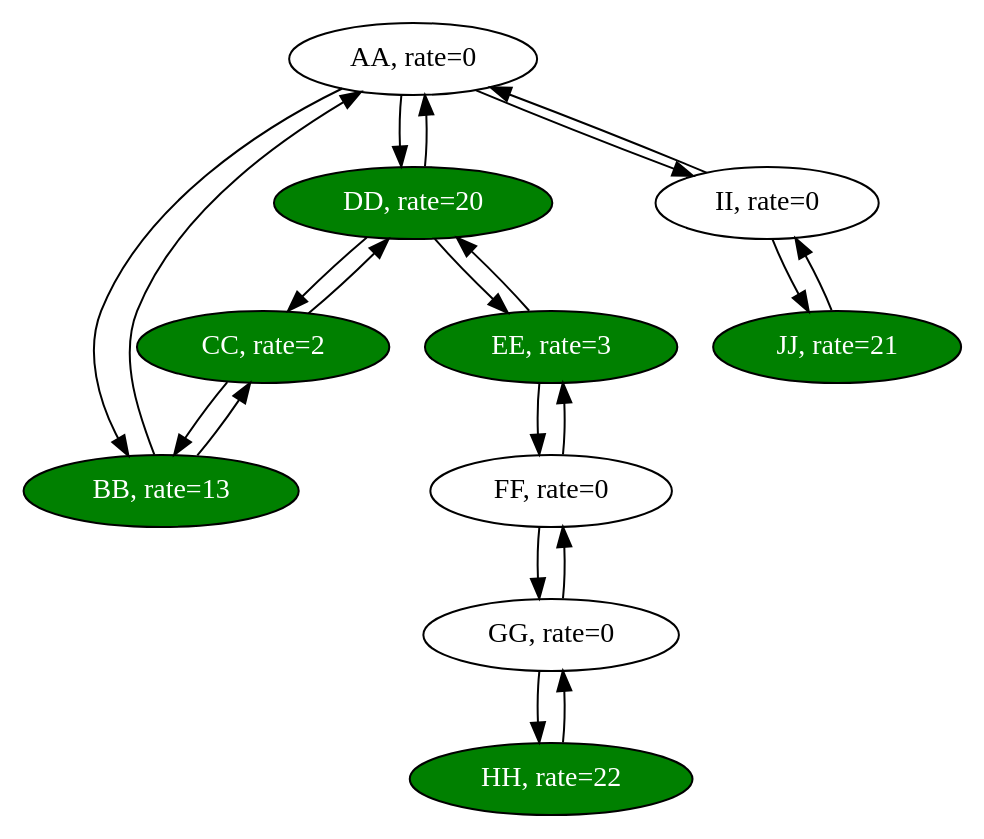
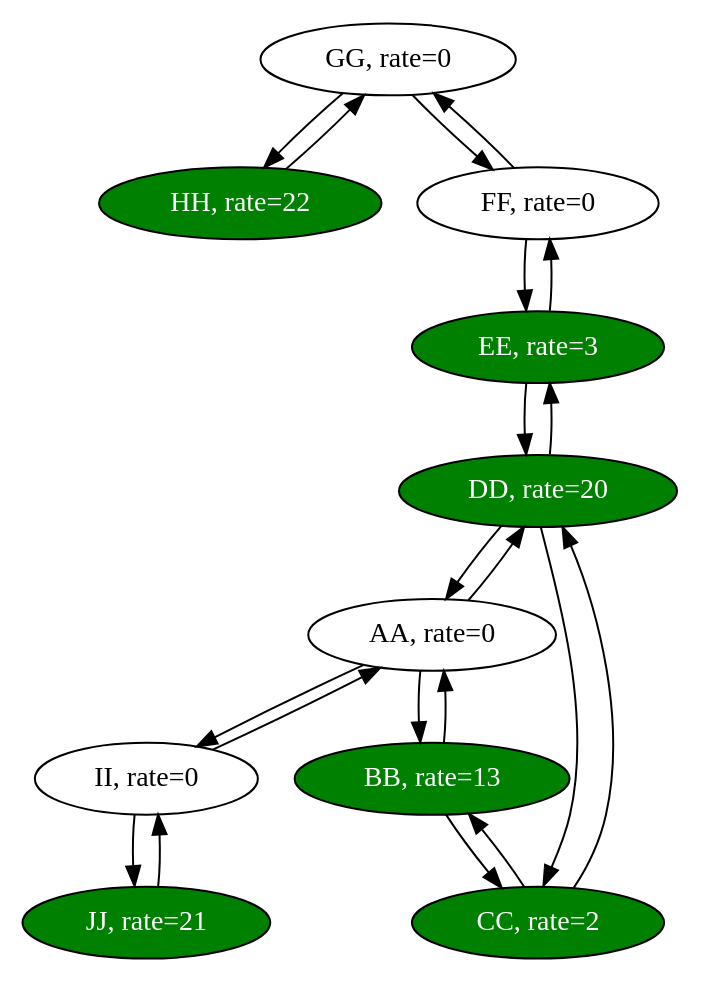
The diagram in day16/test1.dot (dmitrygusev/aoc-2022), drawn with Graphviz before and after one commit. The commit also changed 2 other files, not shown here.

```diff
--- a/day16/test1.dot
+++ b/day16/test1.dot
@@ -1,22 +1,22 @@
 digraph G {
-  AA [label="AA, rate=0"]
-  AA -> {DD; BB; II}
+  GG [label="GG, rate=0"]
+  GG -> {HH; FF}
+  II [label="II, rate=0"]
+  II -> {AA; JJ}
+  EE [label="EE, rate=3",fillcolor="green",style="filled",fontcolor="white"]
+  EE -> {FF; DD}
+  FF [label="FF, rate=0"]
+  FF -> {EE; GG}
   CC [label="CC, rate=2",fillcolor="green",style="filled",fontcolor="white"]
   CC -> {DD; BB}
+  BB [label="BB, rate=13",fillcolor="green",style="filled",fontcolor="white"]
+  BB -> {CC; AA}
+  AA [label="AA, rate=0"]
+  AA -> {DD; II; BB}
   DD [label="DD, rate=20",fillcolor="green",style="filled",fontcolor="white"]
-  DD -> {AA; EE; CC}
-  FF [label="FF, rate=0"]
-  FF -> {GG; EE}
+  DD -> {EE; CC; AA}
+  JJ [label="JJ, rate=21",fillcolor="green",style="filled",fontcolor="white"]
+  JJ -> {II}
   HH [label="HH, rate=22",fillcolor="green",style="filled",fontcolor="white"]
   HH -> {GG}
-  II [label="II, rate=0"]
-  II -> {JJ; AA}
-  BB [label="BB, rate=13",fillcolor="green",style="filled",fontcolor="white"]
-  BB -> {CC; AA}
-  GG [label="GG, rate=0"]
-  GG -> {FF; HH}
-  JJ [label="JJ, rate=21",fillcolor="green",style="filled",fontcolor="white"]
-  JJ -> {II}
-  EE [label="EE, rate=3",fillcolor="green",style="filled",fontcolor="white"]
-  EE -> {DD; FF}
 }
```
